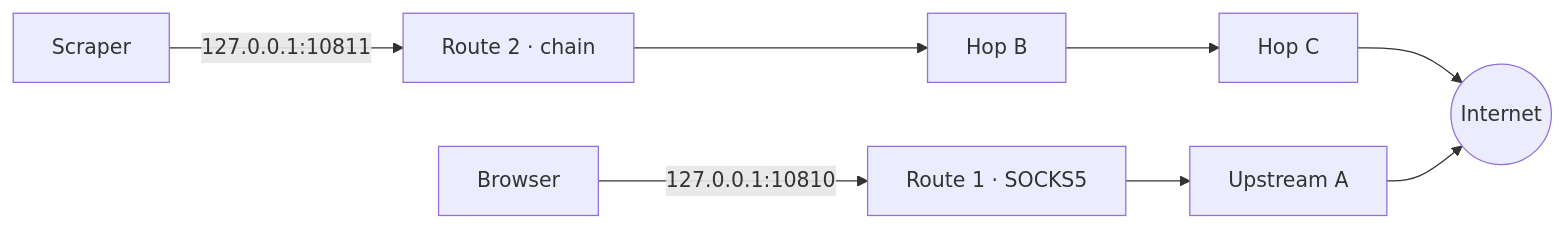
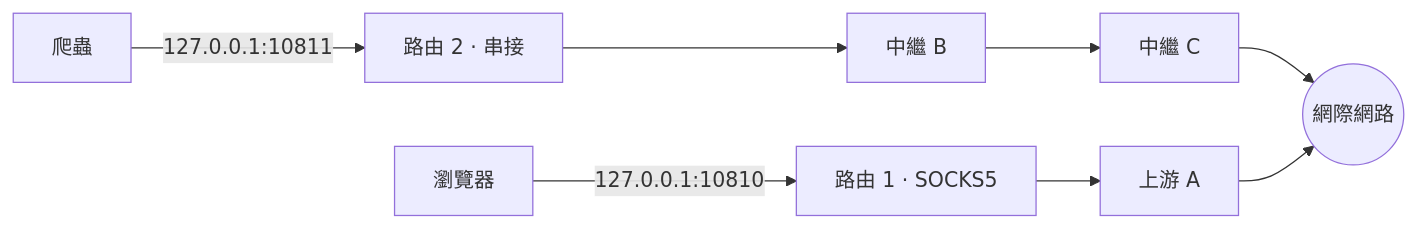
Before and after one commit to guan4tou2/relay-client: the first of 2 diagrams in README.md, drawn with Mermaid. The commit also changed other lines of this file and 4 other files, not shown here.

````diff
--- a/README.md
+++ b/README.md
@@ -55,8 +54,8 @@
 ```mermaid
 flowchart LR
-  B[Browser] -->|"127.0.0.1:10810"| R1["Route 1 · SOCKS5"]
-  C[Scraper] -->|"127.0.0.1:10811"| R2["Route 2 · chain"]
-  R1 --> U1[Upstream A]
-  R2 --> H1[Hop B] --> H2[Hop C] --> T((Internet))
+  B[瀏覽器] -->|"127.0.0.1:10810"| R1["路由 1 · SOCKS5"]
+  C[爬蟲] -->|"127.0.0.1:10811"| R2["路由 2 · 串接"]
+  R1 --> U1[上游 A]
+  R2 --> H1[中繼 B] --> H2[中繼 C] --> T((網際網路))
   U1 --> T
 ```
````
